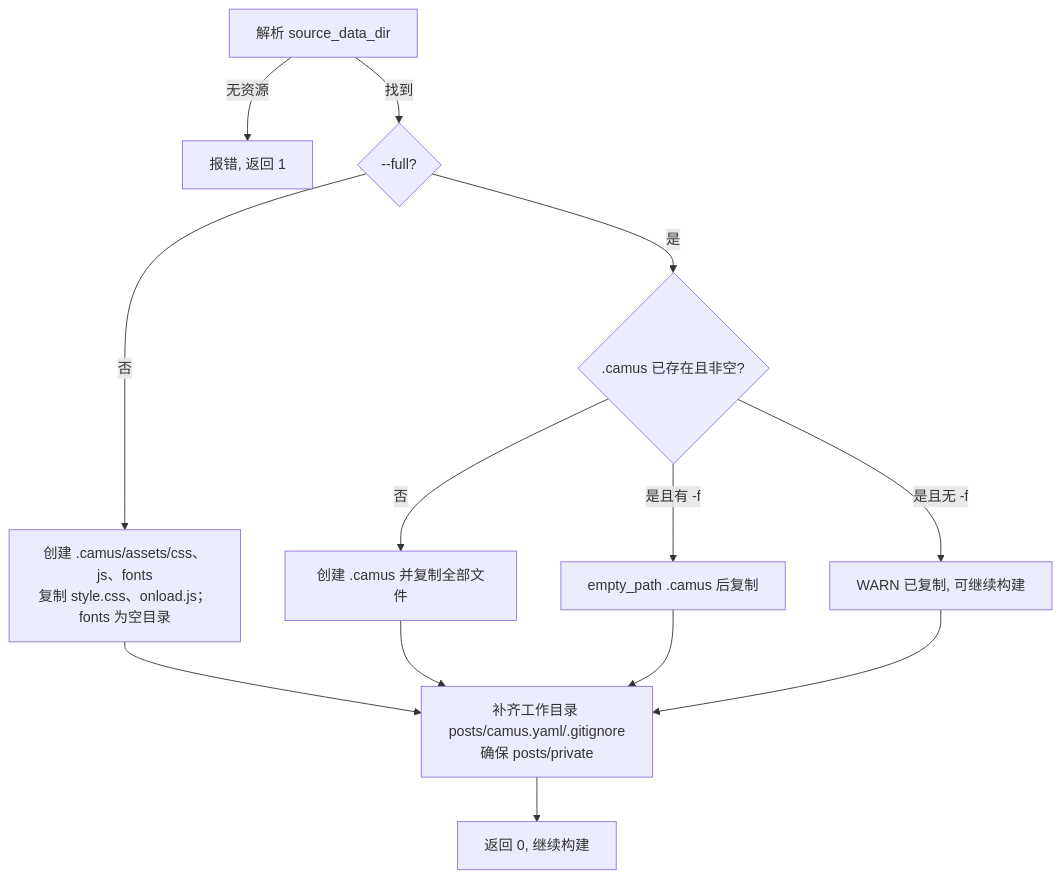
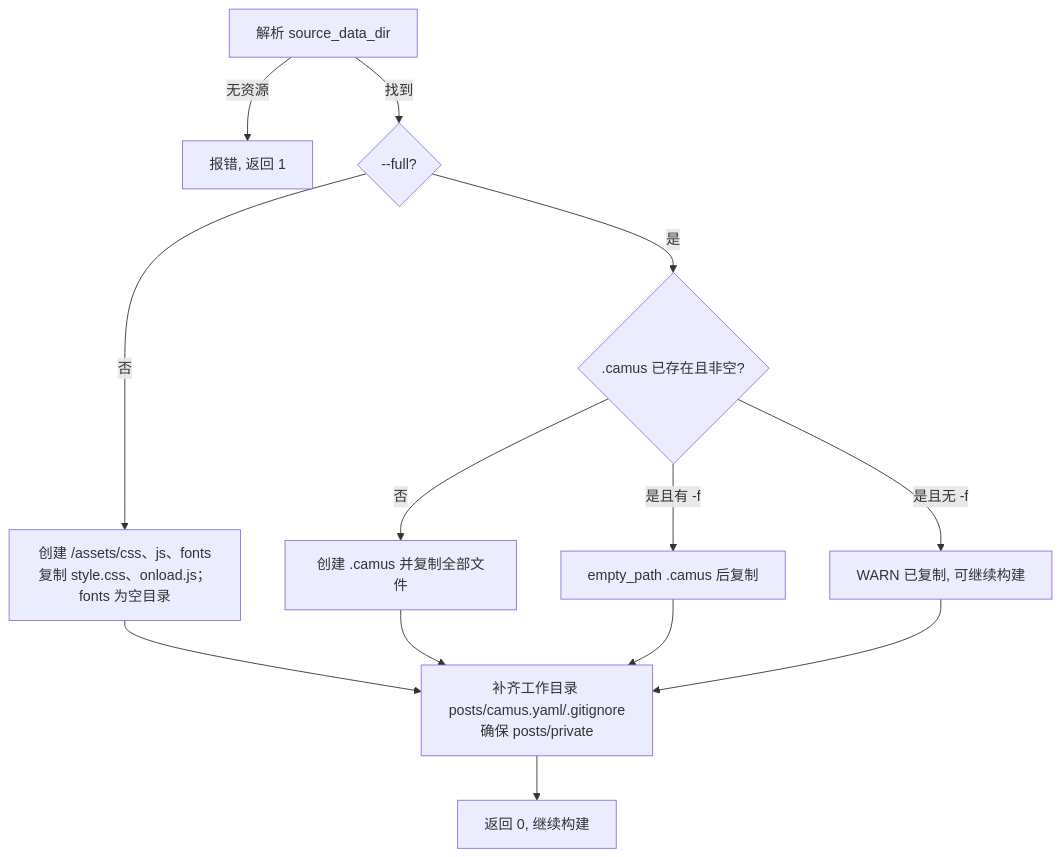
Before and after one commit to o8x/camus: the second of 3 diagrams in docs/prd/08-template-install.md, drawn with Mermaid. The commit also changed other lines of this file and 9 other files, not shown here.

Commit message:
feat: copy minimal resources to workdir root instead of .camus

````diff
--- a/docs/prd/08-template-install.md
+++ b/docs/prd/08-template-install.md
@@ -74,15 +74,15 @@
 ```mermaid
 flowchart TD
     A[解析 source_data_dir] -->|无资源| X[报错, 返回 1]
     A -->|找到| F{--full?}
-    F -->|否| M[创建 .camus/assets/css、js、fonts<br/>复制 style.css、onload.js；fonts 为空目录]
+    F -->|否| M[创建 <workdir>/assets/css、js、fonts<br/>复制 style.css、onload.js；fonts 为空目录]
     M --> S[补齐工作目录 posts/camus.yaml/.gitignore<br/>确保 posts/private]
     F -->|是| B{.camus 已存在且非空?}
     B -->|否| D[创建 .camus 并复制全部文件]
     B -->|是且无 -f| W[WARN 已复制, 可继续构建]
     B -->|是且有 -f| C[empty_path .camus 后复制]
     D --> S
     C --> S
     W --> S
     S --> OK[返回 0, 继续构建]
 ```
````
